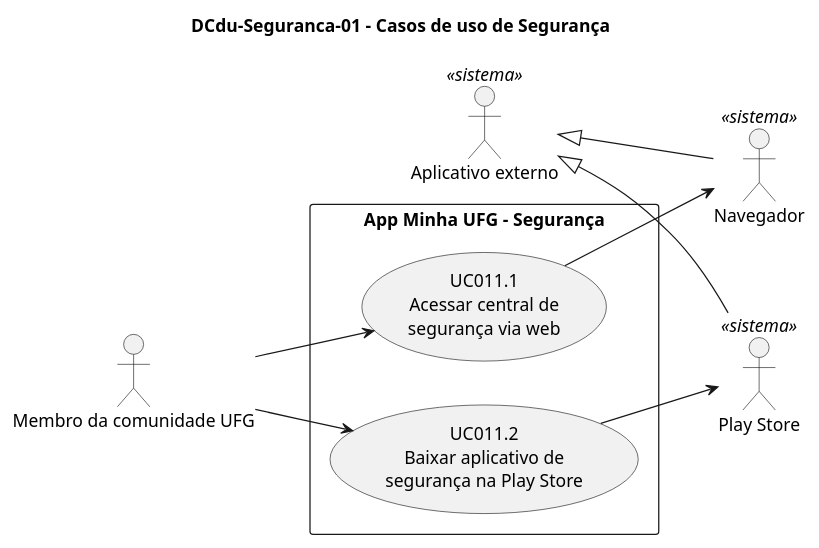
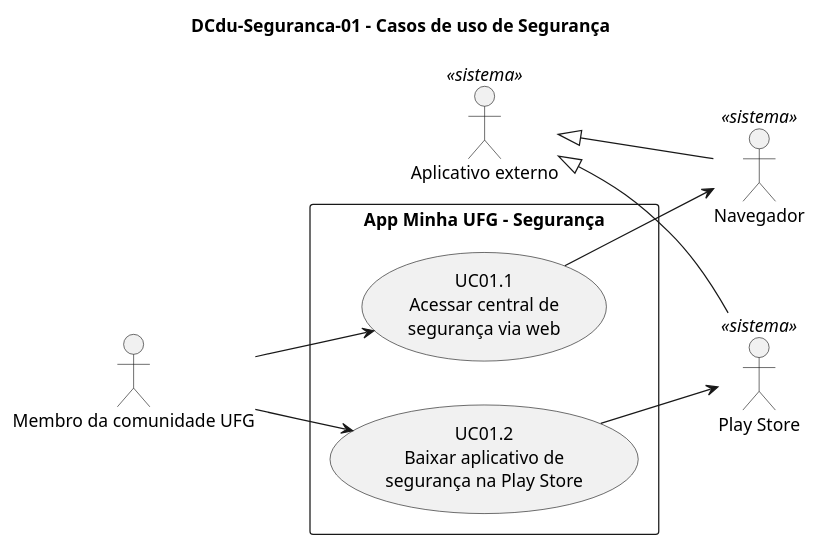
The diagram in Seguranca/DCdu-Seguranca-01.puml (joseduardogon/Minha_UFG_Grupo_Cinza), drawn with PlantUML before and after one commit. The commit also changed 6 other files, not shown here.

```diff
--- a/Seguranca/DCdu-Seguranca-01.puml
+++ b/Seguranca/DCdu-Seguranca-01.puml
@@ -1,23 +1,23 @@
 @startuml DCdu-Seguranca-01
 title DCdu-Seguranca-01 – Casos de uso de Segurança
 left to right direction
 skinparam packageStyle rectangle
 
 actor "Membro da comunidade UFG" as Membro
 actor "Aplicativo externo" as AppExt <<sistema>>
 actor "Navegador" as Navegador <<sistema>>
 actor "Play Store" as PlayStore <<sistema>>
 Navegador -up-|> AppExt
 PlayStore -up-|> AppExt
 
 rectangle "App Minha UFG – Segurança" {
-  usecase "UC011.1\nAcessar central de\nsegurança via web" as UC011
-  usecase "UC011.2\nBaixar aplicativo de\nsegurança na Play Store" as UC012
+  usecase "UC01.1\nAcessar central de\nsegurança via web" as UC011
+  usecase "UC01.2\nBaixar aplicativo de\nsegurança na Play Store" as UC012
 }
 
 Membro --> UC011
 Membro --> UC012
 
 UC011 --> Navegador
 UC012 --> PlayStore
 @enduml
```
